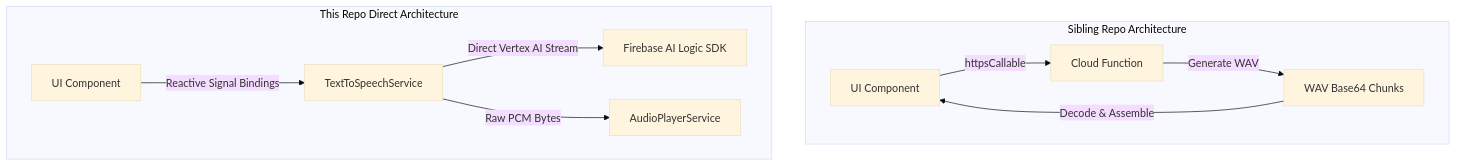
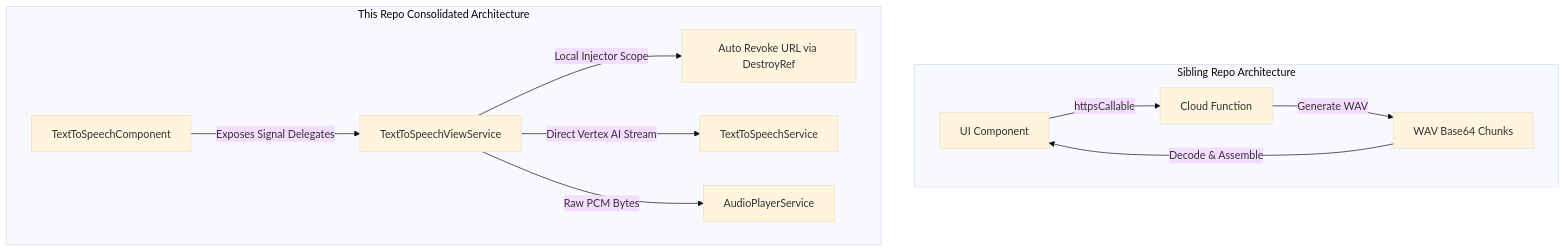
The diagram in docs/adr/0004-phased-reactive-ui-porting.md (railsstudent/ng-firebase-tts), drawn with Mermaid (base theme) before and after one commit. The commit also changed other lines of this file and 5 other files, not shown here.

Commit message:
refactor: make text to speech component lean

````diff
--- a/docs/adr/0004-phased-reactive-ui-porting.md
+++ b/docs/adr/0004-phased-reactive-ui-porting.md
@@ -21,14 +23,15 @@
 ```mermaid
 graph TD
     subgraph Sibling Repo Architecture
         S_Comp[UI Component] -->|httpsCallable| S_CF[Cloud Function]
         S_CF -->|Generate WAV| S_CF_Stream[WAV Base64 Chunks]
         S_CF_Stream -->|Decode & Assemble| S_Comp
     end
 
-    subgraph This Repo Direct Architecture
-        T_Comp[UI Component] -->|Reactive Signal Bindings| T_Service[TextToSpeechService]
-        T_Service -->|Direct Vertex AI Stream| T_Client[Firebase AI Logic SDK]
-        T_Service -->|Raw PCM Bytes| T_Player[AudioPlayerService]
+    subgraph This Repo Consolidated Architecture
+        T_Comp[TextToSpeechComponent] -->|Exposes Signal Delegates| T_VS[TextToSpeechViewService]
+        T_VS -->|Local Injector Scope| T_VS_Clean[Auto Revoke URL via DestroyRef]
+        T_VS -->|Direct Vertex AI Stream| T_TTS[TextToSpeechService]
+        T_VS -->|Raw PCM Bytes| T_Player[AudioPlayerService]
     end
 ```
````
